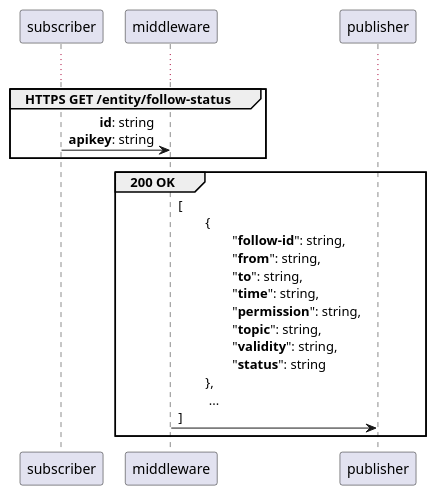
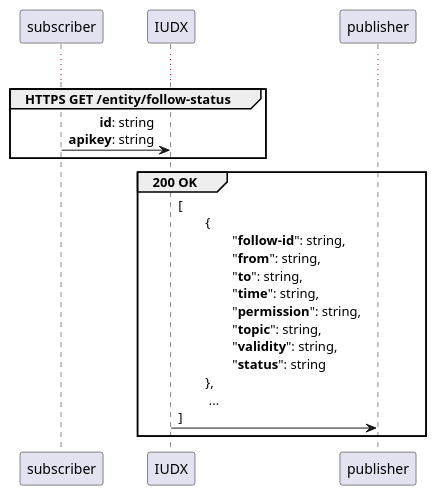
One commit to rbccps-iisc/corinthian changed the diagram in DOCS/follow-status.plantuml. Above: the diagram before and after it, drawn with PlantUML. The commit also changed 7 other files, not shown here.

Commit message:
[skip travis] rename middleware with IUDX

```diff
--- a/DOCS/follow-status.plantuml
+++ b/DOCS/follow-status.plantuml
@@ -1,8 +1,8 @@
 ...
 group HTTPS GET /entity/follow-status
-subscriber -> middleware: **id**: string\r**apikey**: string
+subscriber -> IUDX: **id**: string\r**apikey**: string
 end
 
 group 200 OK
-middleware -> publisher: [\l\t{\t\r\t\t"**follow-id**": string,\r\t\t"**from**": string,\r\t\t"**to**": string,\r\t\t"**time**": string,\r\t\t"**permission**": string,\r\t\t"**topic**": string,\r\t\t"**validity**": string,\r\t\t"**status**": string\r\t},\l\t ...\l]
+IUDX -> publisher: [\l\t{\t\r\t\t"**follow-id**": string,\r\t\t"**from**": string,\r\t\t"**to**": string,\r\t\t"**time**": string,\r\t\t"**permission**": string,\r\t\t"**topic**": string,\r\t\t"**validity**": string,\r\t\t"**status**": string\r\t},\l\t ...\l]
 end
```
